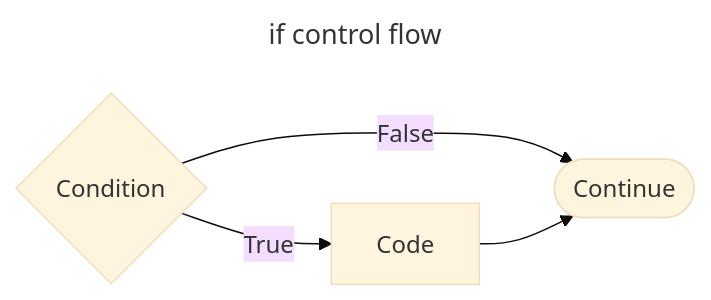
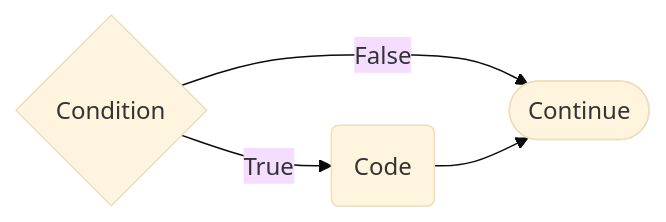
One commit to jhwohlgemuth/python-novice changed the first of 3 diagrams in episodes/03_variables_and_logic.Rmd. Above: the diagram before and after it, drawn with Mermaid (base theme). The commit also changed other lines of this file, not shown here.

Commit message:
fix: Update a11y of mermaid diagrams

````diff
--- a/episodes/03_variables_and_logic.Rmd
+++ b/episodes/03_variables_and_logic.Rmd
@@ -29,15 +29,10 @@
 ```mermaid
----
-title: if control flow
-accTitle: if control flow
-accDescr: if control flow
----
-
 flowchart LR
+    accTitle: {if control flow}
     A{"Condition"}
-    B["Code"]
+    B("Code")
     C([Continue])
     A -- True --> B
     A -- False --> C
     B --> C
 ```
````
